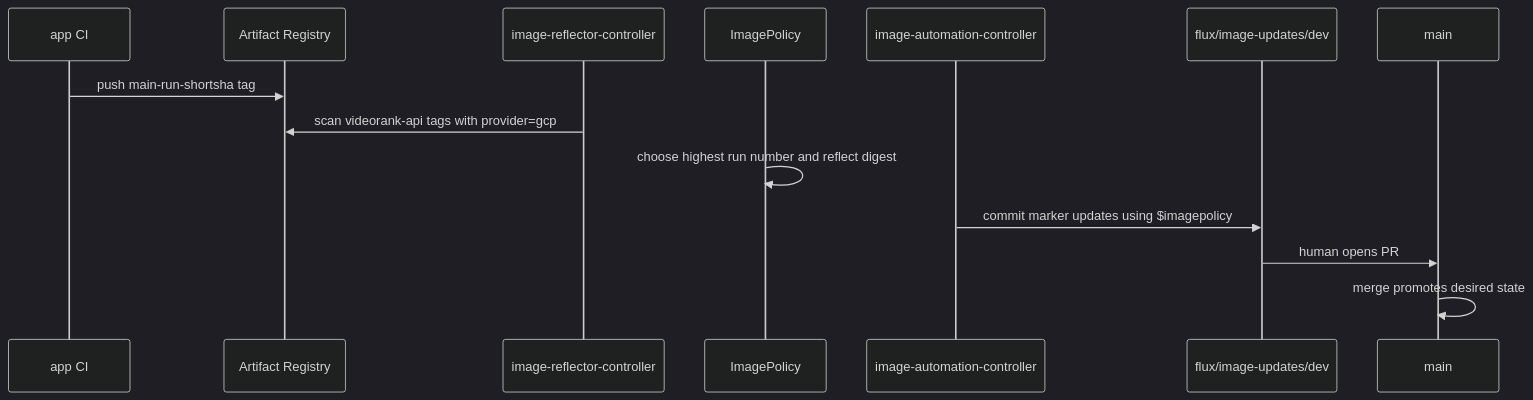
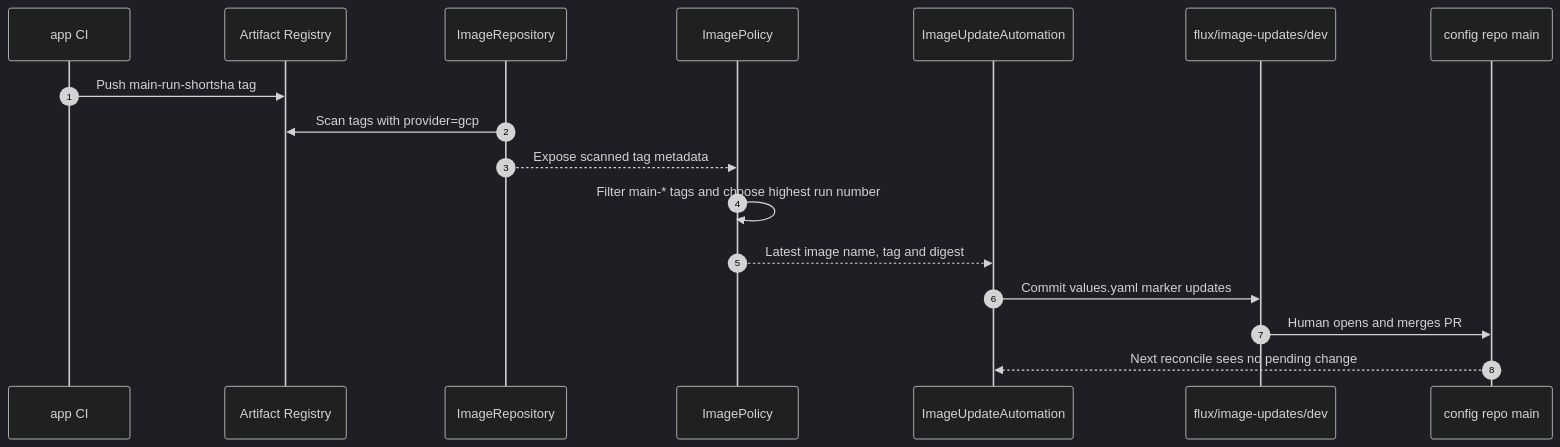
Before and after one commit to werpo78/videorank-mlops-app: the sixth of 8 diagrams in docs/architecture.md, drawn with Mermaid (dark theme). The commit also changed other lines of this file, not shown here.

Commit message:
Clarify architecture diagrams

````diff
--- a/docs/architecture.md
+++ b/docs/architecture.md
@@ -131,17 +152,20 @@
 ```mermaid
 sequenceDiagram
+    autonumber
     participant CI as app CI
-    participant AR as Artifact Registry
-    participant Reflector as image-reflector-controller
+    participant Registry as Artifact Registry
+    participant Repo as ImageRepository
     participant Policy as ImagePolicy
-    participant Automation as image-automation-controller
+    participant Auto as ImageUpdateAutomation
     participant Branch as flux/image-updates/dev
-    participant Main as main
+    participant Main as config repo main
 
-    CI->>AR: push main-run-shortsha tag
-    Reflector->>AR: scan videorank-api tags with provider=gcp
-    Policy->>Policy: choose highest run number and reflect digest
-    Automation->>Branch: commit marker updates using $imagepolicy
-    Branch->>Main: human opens PR
-    Main->>Main: merge promotes desired state
+    CI->>Registry: Push main-run-shortsha tag
+    Repo->>Registry: Scan tags with provider=gcp
+    Repo-->>Policy: Expose scanned tag metadata
+    Policy->>Policy: Filter main-* tags and choose highest run number
+    Policy-->>Auto: Latest image name, tag and digest
+    Auto->>Branch: Commit values.yaml marker updates
+    Branch->>Main: Human opens and merges PR
+    Main-->>Auto: Next reconcile sees no pending change
 ```
````
